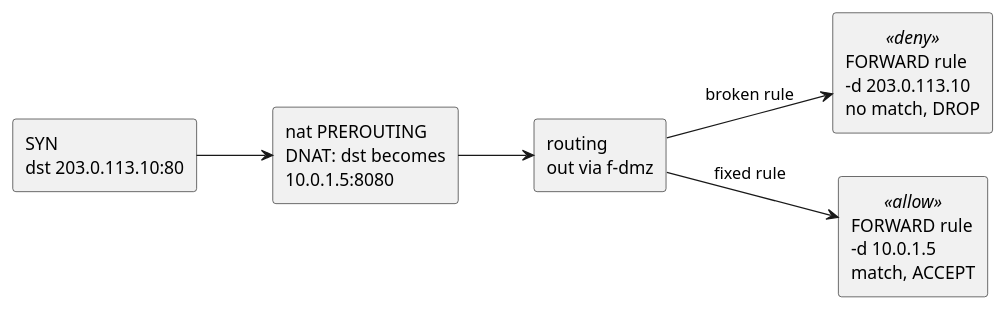
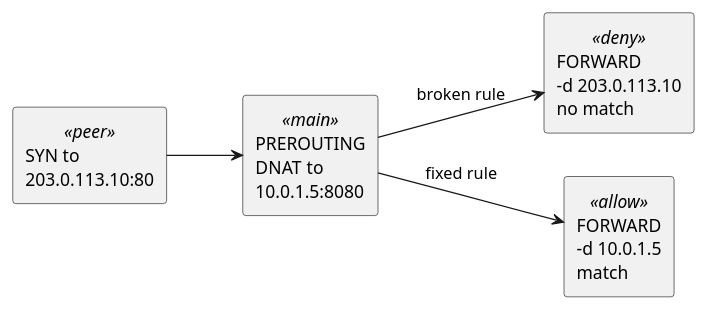
The fifth of 9 diagrams in src/content/posts/2026-10-04-expose-intranet-app-to-internet.md (samadeep/samadeep.github.io), drawn with PlantUML before and after one commit. The commit also changed other lines of this file and 49 other files, not shown here.

First line of the commit message:
Visual-first post, reference-style diagrams, analytics and reactions (#9)

````diff
--- a/src/content/posts/2026-10-04-expose-intranet-app-to-internet.md
+++ b/src/content/posts/2026-10-04-expose-intranet-app-to-internet.md
@@ -153,14 +177,12 @@
-```plantuml title="Figure 4: DNAT runs before the filter, so the FORWARD rule must match the internal IP"
+```plantuml title="Figure 5: DNAT runs before the filter, so the FORWARD rule must match the internal IP"
 @startuml
 left to right direction
-rectangle "SYN\ndst 203.0.113.10:80" as P
-rectangle "nat PREROUTING\nDNAT: dst becomes\n10.0.1.5:8080" as N
-rectangle "routing\nout via f-dmz" as R
-rectangle "FORWARD rule\n-d 203.0.113.10\nno match, DROP" <<deny>> as B
-rectangle "FORWARD rule\n-d 10.0.1.5\nmatch, ACCEPT" <<allow>> as G
+rectangle "SYN to\n203.0.113.10:80" <<peer>> as P
+rectangle "PREROUTING\nDNAT to\n10.0.1.5:8080" <<main>> as N
+rectangle "FORWARD\n-d 203.0.113.10\nno match" <<deny>> as B
+rectangle "FORWARD\n-d 10.0.1.5\nmatch" <<allow>> as G
 P --> N
-N --> R
-R --> B : broken rule
-R --> G : fixed rule
+N --> B : broken rule
+N --> G : fixed rule
 @enduml
 ```
````
